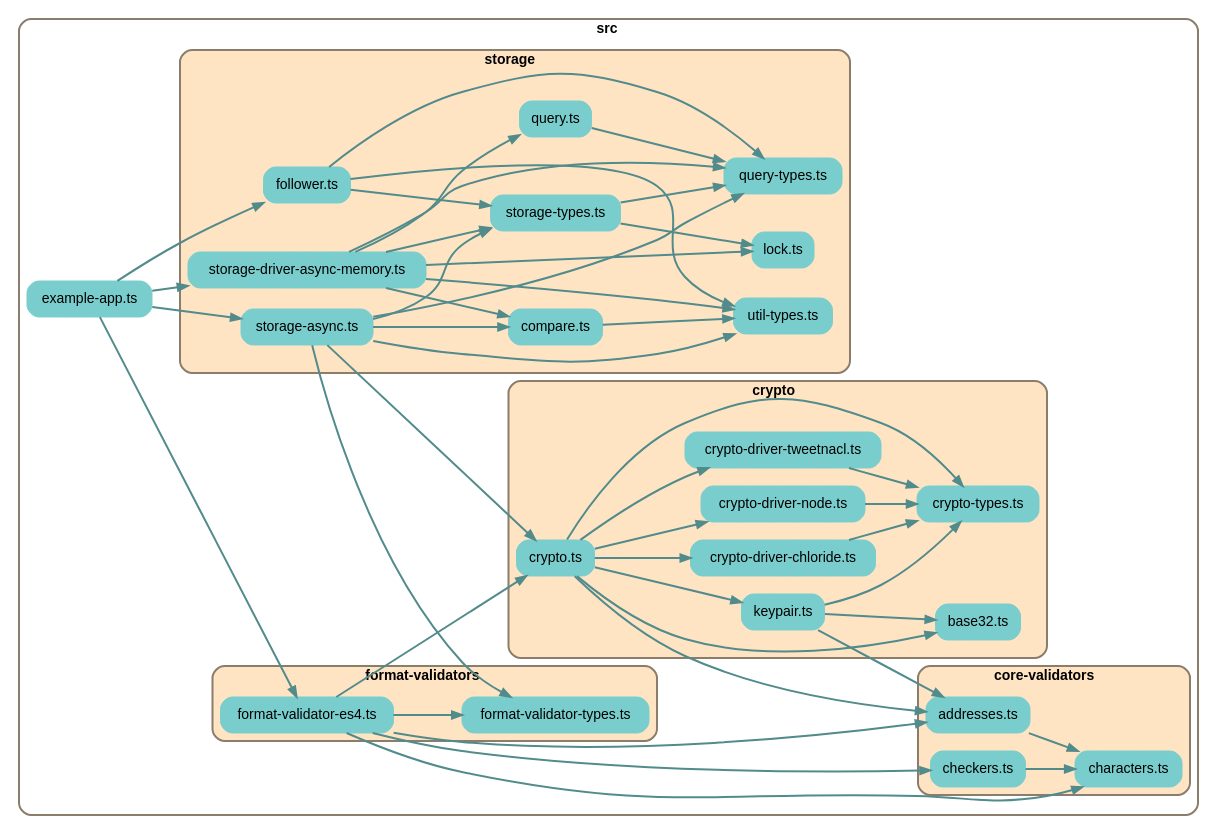
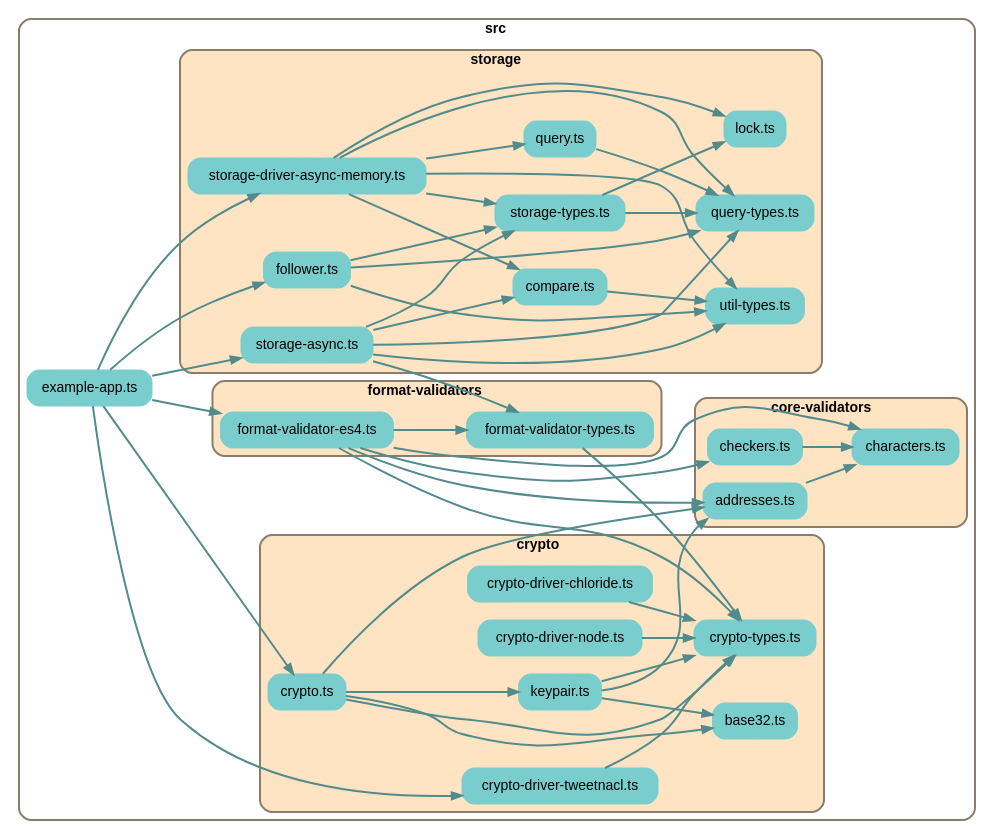
The diagram in depchart/depchart-main.dot (earthstar-project/earthstar), drawn with Graphviz before and after one commit. The commit also changed 12 other files, not shown here.

```diff
--- a/depchart/depchart-main.dot
+++ b/depchart/depchart-main.dot
@@ -1,126 +1,125 @@
 
 digraph G {
     //splines=line;
     //splines=polyline;
     splines=true;
     rankdir=LR;
     //newrank=true;
     compound=true;
     graph [fontname = "helvetica"];  // dpi=72
     node [fontname = "helvetica"];
     edge [fontname = "helvetica"];
     
     // files in their folder clusters
 
-    subgraph cluster2738674125 {
+    subgraph cluster6406378261 {
         label=<<b>src</b>>;
         style="rounded";
         color=bisque4;
         penwidth=2;
                     
         "src/example-app.ts" [label="example-app.ts", shape=rectangle; style="rounded,filled"; color=darkslategray3];
 
-        subgraph cluster4887346154 {
+        subgraph cluster6724771999 {
             label=<<b>core-validators</b>>;
             style="rounded,filled";
             fillcolor=bisque;
             color=bisque4;
             penwidth=2;
                     
             "src/core-validators/addresses.ts" [label="addresses.ts", shape=rectangle; style="rounded,filled"; color=darkslategray3];
             "src/core-validators/characters.ts" [label="characters.ts", shape=rectangle; style="rounded,filled"; color=darkslategray3];
             "src/core-validators/checkers.ts" [label="checkers.ts", shape=rectangle; style="rounded,filled"; color=darkslategray3];
         }
 
-        subgraph cluster8786068985 {
+        subgraph cluster3807988657 {
             label=<<b>crypto</b>>;
             style="rounded,filled";
             fillcolor=bisque;
             color=bisque4;
             penwidth=2;
                     
             "src/crypto/base32.ts" [label="base32.ts", shape=rectangle; style="rounded,filled"; color=darkslategray3];
             "src/crypto/crypto-driver-chloride.ts" [label="crypto-driver-chloride.ts", shape=rectangle; style="rounded,filled"; color=darkslategray3];
             "src/crypto/crypto-driver-node.ts" [label="crypto-driver-node.ts", shape=rectangle; style="rounded,filled"; color=darkslategray3];
             "src/crypto/crypto-driver-tweetnacl.ts" [label="crypto-driver-tweetnacl.ts", shape=rectangle; style="rounded,filled"; color=darkslategray3];
             "src/crypto/crypto-types.ts" [label="crypto-types.ts", shape=rectangle; style="rounded,filled"; color=darkslategray3];
             "src/crypto/crypto.ts" [label="crypto.ts", shape=rectangle; style="rounded,filled"; color=darkslategray3];
             "src/crypto/keypair.ts" [label="keypair.ts", shape=rectangle; style="rounded,filled"; color=darkslategray3];
         }
 
-        subgraph cluster2112574185 {
+        subgraph cluster8915991975 {
             label=<<b>format-validators</b>>;
             style="rounded,filled";
             fillcolor=bisque;
             color=bisque4;
             penwidth=2;
                     
             "src/format-validators/format-validator-es4.ts" [label="format-validator-es4.ts", shape=rectangle; style="rounded,filled"; color=darkslategray3];
             "src/format-validators/format-validator-types.ts" [label="format-validator-types.ts", shape=rectangle; style="rounded,filled"; color=darkslategray3];
         }
 
-        subgraph cluster480661218 {
+        subgraph cluster8873903035 {
             label=<<b>storage</b>>;
             style="rounded,filled";
             fillcolor=bisque;
             color=bisque4;
             penwidth=2;
                     
             "src/storage/compare.ts" [label="compare.ts", shape=rectangle; style="rounded,filled"; color=darkslategray3];
             "src/storage/follower.ts" [label="follower.ts", shape=rectangle; style="rounded,filled"; color=darkslategray3];
             "src/storage/lock.ts" [label="lock.ts", shape=rectangle; style="rounded,filled"; color=darkslategray3];
             "src/storage/query-types.ts" [label="query-types.ts", shape=rectangle; style="rounded,filled"; color=darkslategray3];
             "src/storage/query.ts" [label="query.ts", shape=rectangle; style="rounded,filled"; color=darkslategray3];
             "src/storage/storage-async.ts" [label="storage-async.ts", shape=rectangle; style="rounded,filled"; color=darkslategray3];
             "src/storage/storage-driver-async-memory.ts" [label="storage-driver-async-memory.ts", shape=rectangle; style="rounded,filled"; color=darkslategray3];
             "src/storage/storage-types.ts" [label="storage-types.ts", shape=rectangle; style="rounded,filled"; color=darkslategray3];
             "src/storage/util-types.ts" [label="util-types.ts", shape=rectangle; style="rounded,filled"; color=darkslategray3];
         }
     }
 
     // edges between files
     "src/core-validators/addresses.ts" -> "src/core-validators/characters.ts" [penwidth=2; color=darkslategray4];
     "src/core-validators/checkers.ts" -> "src/core-validators/characters.ts" [penwidth=2; color=darkslategray4];
     "src/crypto/crypto-driver-chloride.ts" -> "src/crypto/crypto-types.ts" [penwidth=2; color=darkslategray4];
     "src/crypto/crypto-driver-node.ts" -> "src/crypto/crypto-types.ts" [penwidth=2; color=darkslategray4];
     "src/crypto/crypto-driver-tweetnacl.ts" -> "src/crypto/crypto-types.ts" [penwidth=2; color=darkslategray4];
-    "src/crypto/crypto.ts" -> "src/crypto/crypto-driver-chloride.ts" [penwidth=2; color=darkslategray4];
-    "src/crypto/crypto.ts" -> "src/crypto/crypto-driver-node.ts" [penwidth=2; color=darkslategray4];
-    "src/crypto/crypto.ts" -> "src/crypto/crypto-driver-tweetnacl.ts" [penwidth=2; color=darkslategray4];
     "src/crypto/crypto.ts" -> "src/crypto/crypto-types.ts" [penwidth=2; color=darkslategray4];
     "src/crypto/crypto.ts" -> "src/crypto/base32.ts" [penwidth=2; color=darkslategray4];
     "src/crypto/crypto.ts" -> "src/crypto/keypair.ts" [penwidth=2; color=darkslategray4];
     "src/crypto/crypto.ts" -> "src/core-validators/addresses.ts" [penwidth=2; color=darkslategray4];
     "src/crypto/keypair.ts" -> "src/crypto/base32.ts" [penwidth=2; color=darkslategray4];
     "src/crypto/keypair.ts" -> "src/crypto/crypto-types.ts" [penwidth=2; color=darkslategray4];
     "src/crypto/keypair.ts" -> "src/core-validators/addresses.ts" [penwidth=2; color=darkslategray4];
     "src/example-app.ts" -> "src/format-validators/format-validator-es4.ts" [penwidth=2; color=darkslategray4];
     "src/example-app.ts" -> "src/storage/storage-driver-async-memory.ts" [penwidth=2; color=darkslategray4];
     "src/example-app.ts" -> "src/storage/storage-async.ts" [penwidth=2; color=darkslategray4];
     "src/example-app.ts" -> "src/storage/follower.ts" [penwidth=2; color=darkslategray4];
+    "src/example-app.ts" -> "src/crypto/crypto.ts" [penwidth=2; color=darkslategray4];
+    "src/example-app.ts" -> "src/crypto/crypto-driver-tweetnacl.ts" [penwidth=2; color=darkslategray4];
     "src/format-validators/format-validator-es4.ts" -> "src/format-validators/format-validator-types.ts" [penwidth=2; color=darkslategray4];
+    "src/format-validators/format-validator-es4.ts" -> "src/crypto/crypto-types.ts" [penwidth=2; color=darkslategray4];
     "src/format-validators/format-validator-es4.ts" -> "src/core-validators/characters.ts" [penwidth=2; color=darkslategray4];
     "src/format-validators/format-validator-es4.ts" -> "src/core-validators/checkers.ts" [penwidth=2; color=darkslategray4];
     "src/format-validators/format-validator-es4.ts" -> "src/core-validators/addresses.ts" [penwidth=2; color=darkslategray4];
-    "src/format-validators/format-validator-es4.ts" -> "src/crypto/crypto.ts" [penwidth=2; color=darkslategray4];
+    "src/format-validators/format-validator-types.ts" -> "src/crypto/crypto-types.ts" [penwidth=2; color=darkslategray4];
     "src/storage/compare.ts" -> "src/storage/util-types.ts" [penwidth=2; color=darkslategray4];
     "src/storage/follower.ts" -> "src/storage/util-types.ts" [penwidth=2; color=darkslategray4];
     "src/storage/follower.ts" -> "src/storage/query-types.ts" [penwidth=2; color=darkslategray4];
     "src/storage/follower.ts" -> "src/storage/storage-types.ts" [penwidth=2; color=darkslategray4];
     "src/storage/query.ts" -> "src/storage/query-types.ts" [penwidth=2; color=darkslategray4];
     "src/storage/storage-async.ts" -> "src/storage/util-types.ts" [penwidth=2; color=darkslategray4];
     "src/storage/storage-async.ts" -> "src/storage/query-types.ts" [penwidth=2; color=darkslategray4];
     "src/storage/storage-async.ts" -> "src/storage/storage-types.ts" [penwidth=2; color=darkslategray4];
     "src/storage/storage-async.ts" -> "src/format-validators/format-validator-types.ts" [penwidth=2; color=darkslategray4];
     "src/storage/storage-async.ts" -> "src/storage/compare.ts" [penwidth=2; color=darkslategray4];
-    "src/storage/storage-async.ts" -> "src/crypto/crypto.ts" [penwidth=2; color=darkslategray4];
     "src/storage/storage-driver-async-memory.ts" -> "src/storage/util-types.ts" [penwidth=2; color=darkslategray4];
     "src/storage/storage-driver-async-memory.ts" -> "src/storage/query-types.ts" [penwidth=2; color=darkslategray4];
     "src/storage/storage-driver-async-memory.ts" -> "src/storage/storage-types.ts" [penwidth=2; color=darkslategray4];
     "src/storage/storage-driver-async-memory.ts" -> "src/storage/compare.ts" [penwidth=2; color=darkslategray4];
     "src/storage/storage-driver-async-memory.ts" -> "src/storage/query.ts" [penwidth=2; color=darkslategray4];
     "src/storage/storage-driver-async-memory.ts" -> "src/storage/lock.ts" [penwidth=2; color=darkslategray4];
     "src/storage/storage-types.ts" -> "src/storage/query-types.ts" [penwidth=2; color=darkslategray4];
     "src/storage/storage-types.ts" -> "src/storage/lock.ts" [penwidth=2; color=darkslategray4];
 
 }
```
